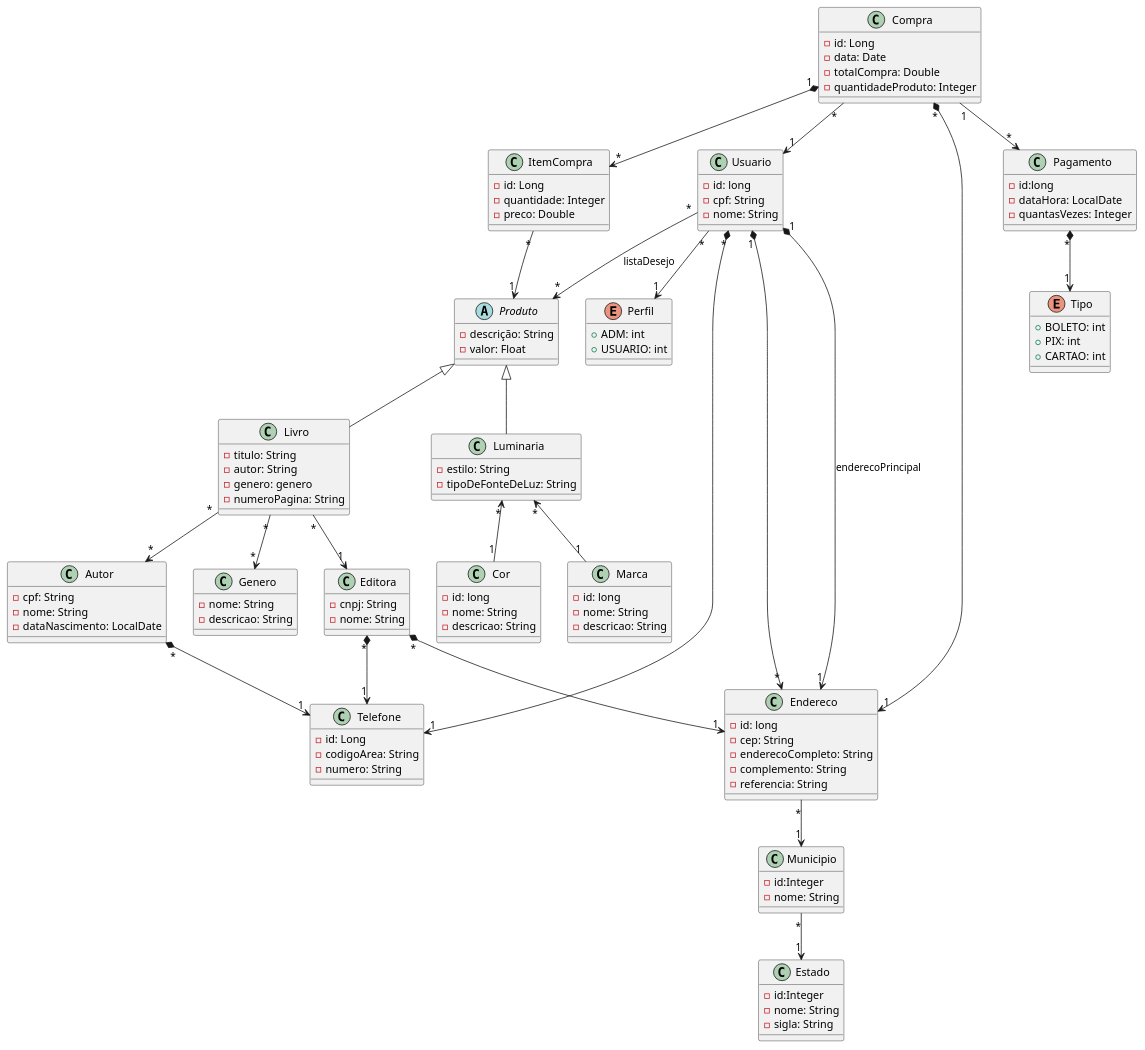
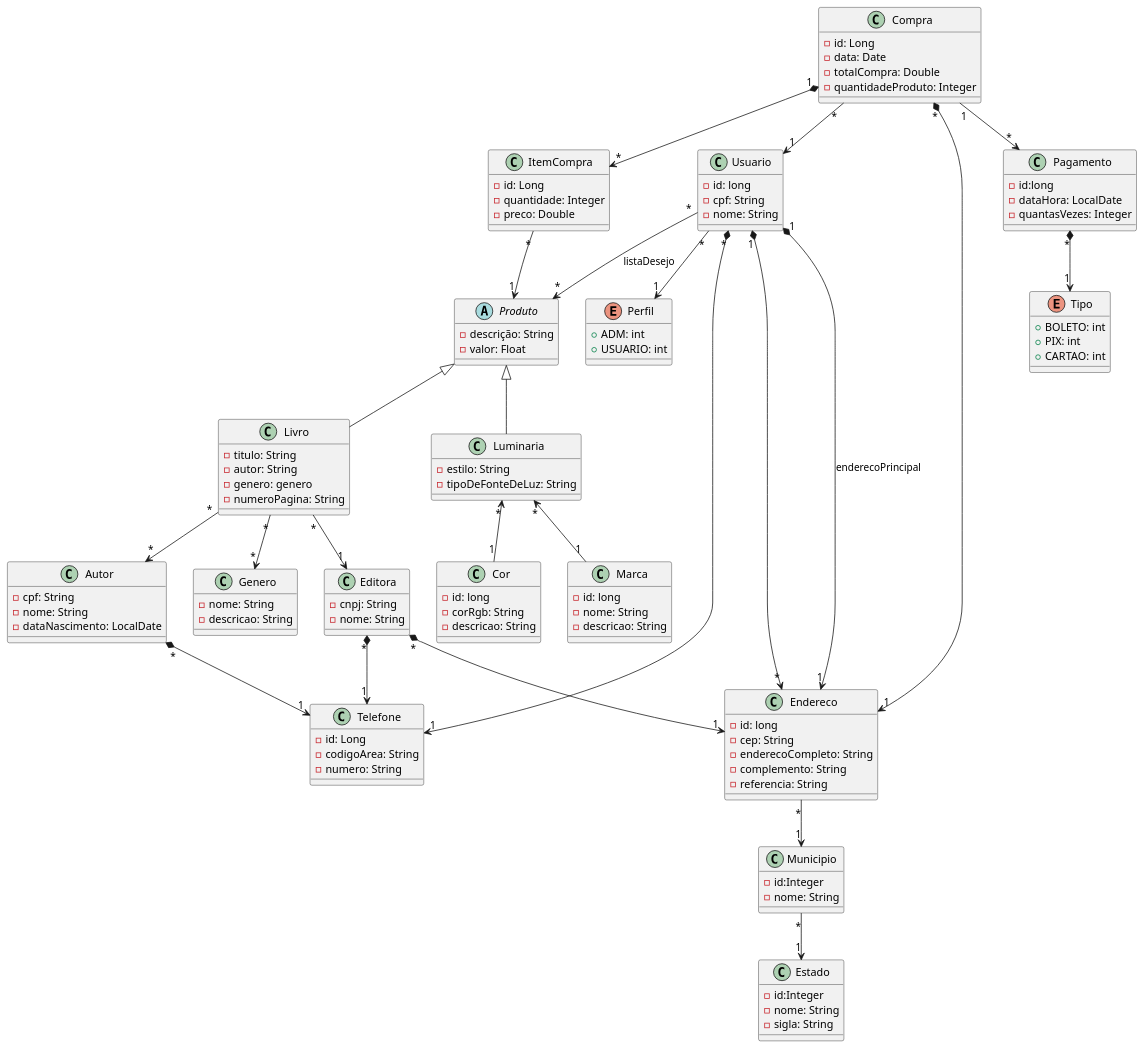
One commit to Jeezyel/Topicos-2-Beck-end changed the diagram in src/main/resources/UML.plantuml. Above: the diagram before and after it, drawn with PlantUML. The commit also changed 45 other files, not shown here.

```diff
--- a/src/main/resources/UML.plantuml
+++ b/src/main/resources/UML.plantuml
@@ -1,150 +1,150 @@
 @startuml UML
 
 
 class Livro {
     - titulo: String
     - autor: String
     - genero: genero
     - numeroPagina: String
 }
 
 class Usuario {
     - id: long
     - cpf: String
     - nome: String
 }
 
 class Cor {
     - id: long
-    - nome: String
+    - corRgb: String
     - descricao: String
 
 }
 
 enum Perfil {
     + ADM: int
     + USUARIO: int 
 }
 
 class Endereco {
     - id: long
     - cep: String
     - enderecoCompleto: String
     - complemento: String
     - referencia: String
 }
 
 class ItemCompra {
     - id: Long
     - quantidade: Integer
     - preco: Double
 }
 
 class Compra {
     - id: Long
     - data: Date
     - totalCompra: Double
     - quantidadeProduto: Integer
 }
 
 class Telefone {
     - id: Long
     - codigoArea: String
     - numero: String
 }
 
 class Municipio {
     -id:Integer
     -nome: String
 }
 
 class Estado {
     -id:Integer
     -nome: String
     -sigla: String
 }
 
 abstract Produto {
     - descrição: String
     - valor: Float
 }
 
 class Pagamento {
     - id:long
     - dataHora: LocalDate
     - quantasVezes: Integer
 }
 
 enum Tipo {
     + BOLETO: int
     + PIX: int
     + CARTAO: int
 }
 
 class Luminaria {
 
     - estilo: String
     - tipoDeFonteDeLuz: String
 
 }
 
 class Marca {
     - id: long
     - nome: String
     - descricao: String
 }
 
 class Editora {
     - cnpj: String 
     - nome: String 
 }
 
 class Autor {
     - cpf: String 
     - nome: String 
     - dataNascimento: LocalDate
 }
 
 class Genero {
     - nome: String 
     - descricao: String
 }
     
 
 Livro -up-|> Produto
 Luminaria -up-|> Produto
 Cor "1"-up->"*" Luminaria
 Marca "1"-up->"*" Luminaria
 
 Livro "*" --> "1" Editora
 Livro "*" --> "*" Genero
 Livro "*" --> "*" Autor
 
 Editora "*" *--> "1" Endereco
 Editora "*" *--> "1" Telefone
 
 Usuario "1" *--> "*" Endereco
 Usuario "1" *--> "1" Endereco: enderecoPrincipal
 Usuario "*" --> "*" Produto: listaDesejo
 Usuario "*" *--> "1" Telefone
 Usuario "*" --> "1" Perfil
 
 Autor "*" *--> "1" Telefone
 
 Compra "1" *--> "*" ItemCompra
 Compra "*" --> "1" Usuario
 Compra "*"  *--> "1" Endereco
 Compra "1"-->"*" Pagamento
 
 ItemCompra "*" --> "1" Produto
 
 Pagamento "*" *--> "1" Tipo
 
 Endereco "*"--> "1" Municipio
 
 Municipio "*"--> "1" Estado
 
 
 
 
 @enduml
```
